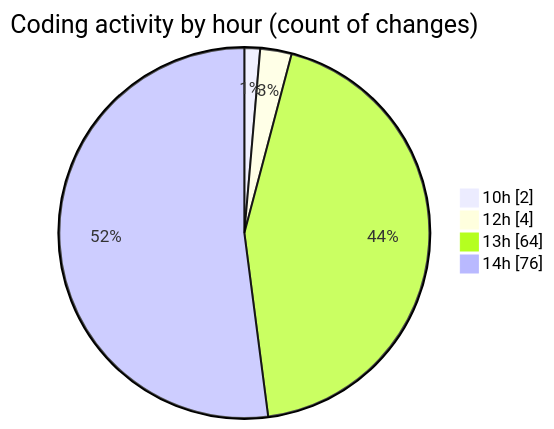
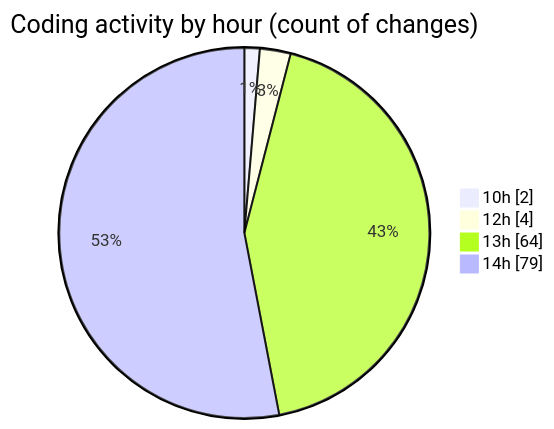
The second of 2 diagrams in 2026-04-30/cda/README.md (momahboobian/code-tracking), drawn with Mermaid before and after one commit. The commit also changed other lines of this file and 1 other file, not shown here.

````diff
--- a/2026-04-30/cda/README.md
+++ b/2026-04-30/cda/README.md
@@ -79,8 +79,8 @@
 ```mermaid
 pie showData
 title Coding activity by hour (count of changes)
 "10h" : 2
 "12h" : 4
 "13h" : 64
-"14h" : 76
+"14h" : 79
 ```
````
